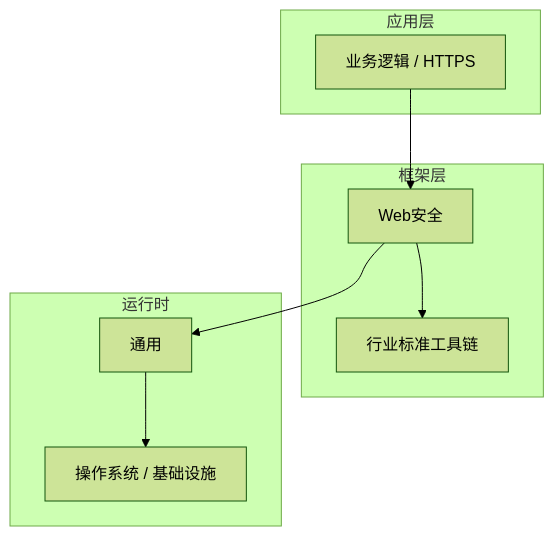
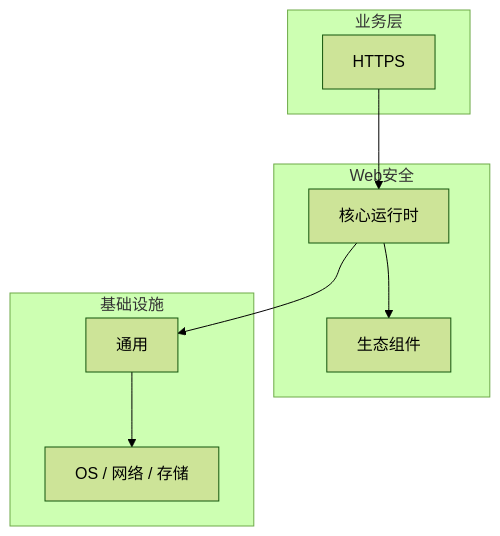
One commit to yanggan2015/knowledge-json-v2 changed the diagram in articles/Web安全/chapters/086-HTTPS核心概念与原理.md. Above: the diagram before and after it, drawn with Mermaid (forest theme). The commit also changed other lines of this file and 10127 other files, not shown here.

````diff
--- a/articles/Web安全/chapters/086-HTTPS核心概念与原理.md
+++ b/articles/Web安全/chapters/086-HTTPS核心概念与原理.md
@@ -46,18 +31,18 @@
 ```mermaid
 graph TB
-    subgraph 应用层
-        A[业务逻辑 / HTTPS]
+    subgraph 业务层
+        A[HTTPS]
     end
-    subgraph 框架层
-        B[Web安全]
-        C[行业标准工具链]
+    subgraph Web安全
+        B[核心运行时]
+        C[生态组件]
     end
-    subgraph 运行时
+    subgraph 基础设施
         D[通用]
-        E[操作系统 / 基础设施]
+        E[OS / 网络 / 存储]
     end
     A --> B
     B --> C
     B --> D
     D --> E
 ```
````
